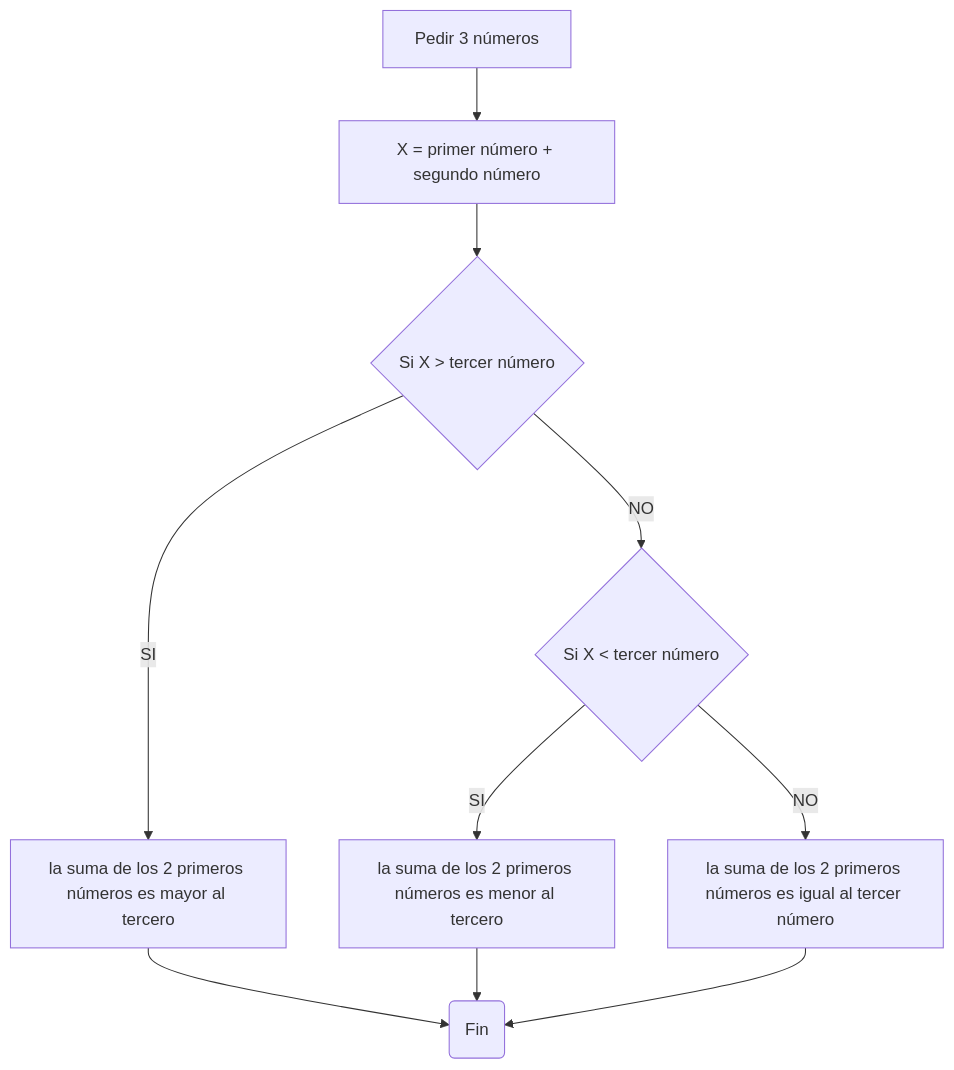
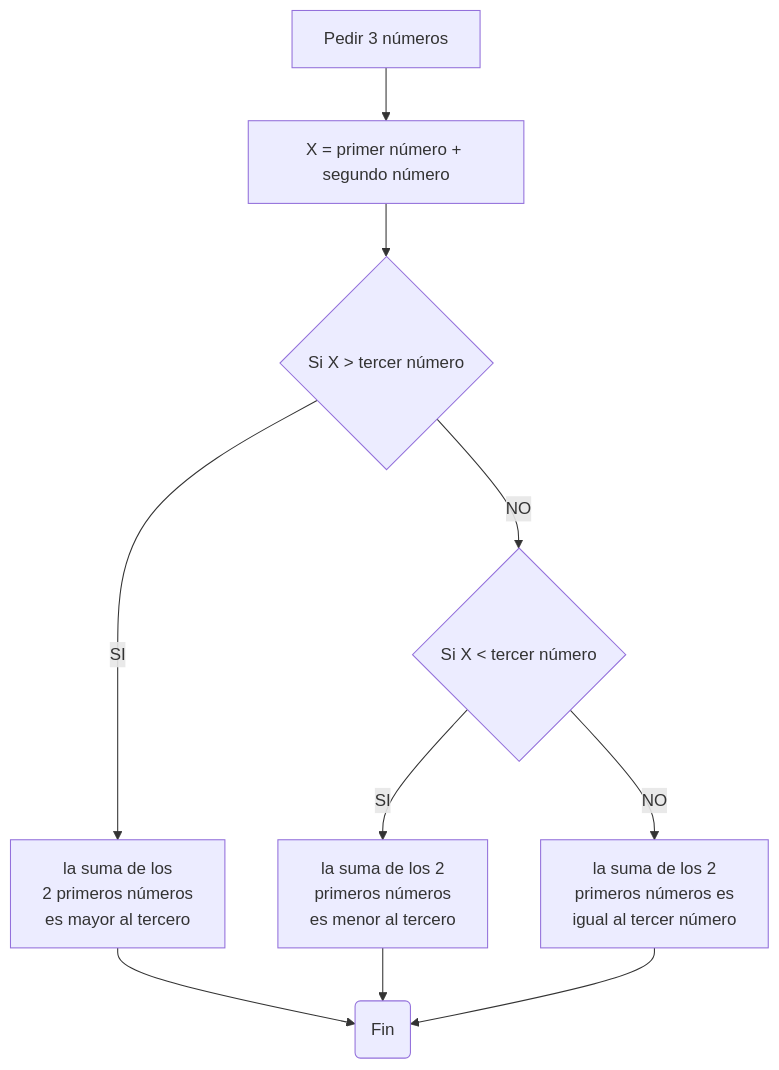
Before and after one commit to coD3-Programacion/Taller-No1: the diagram in README.md, drawn with Mermaid.

````diff
--- a/README.md
+++ b/README.md
@@ -92,14 +92,20 @@
 ```mermaid
 flowchart TD;
   A[Pedir 3 números] -->B
   B[X = primer número + segundo número] --> C{Si X > tercer número}
-  C --SI--> D[la suma de los 2 primeros números es mayor al tercero]
+  C --SI--> D[la suma de los
+            2 primeros números
+            es mayor al tercero]
   C --NO--> E{Si X < tercer número}
-  E --SI--> F[la suma de los 2 primeros números es menor al tercero]
-  E --NO--> G[la suma de los 2 primeros números es igual al tercer número]
+  E --SI--> F[la suma de los 2
+              primeros números
+              es menor al tercero]
+  E --NO--> G[la suma de los 2
+              primeros números es
+              igual al tercer número]
   D --> H(Fin)
   F --> H(Fin)
   G --> H(Fin)
 
 
 ```
````
